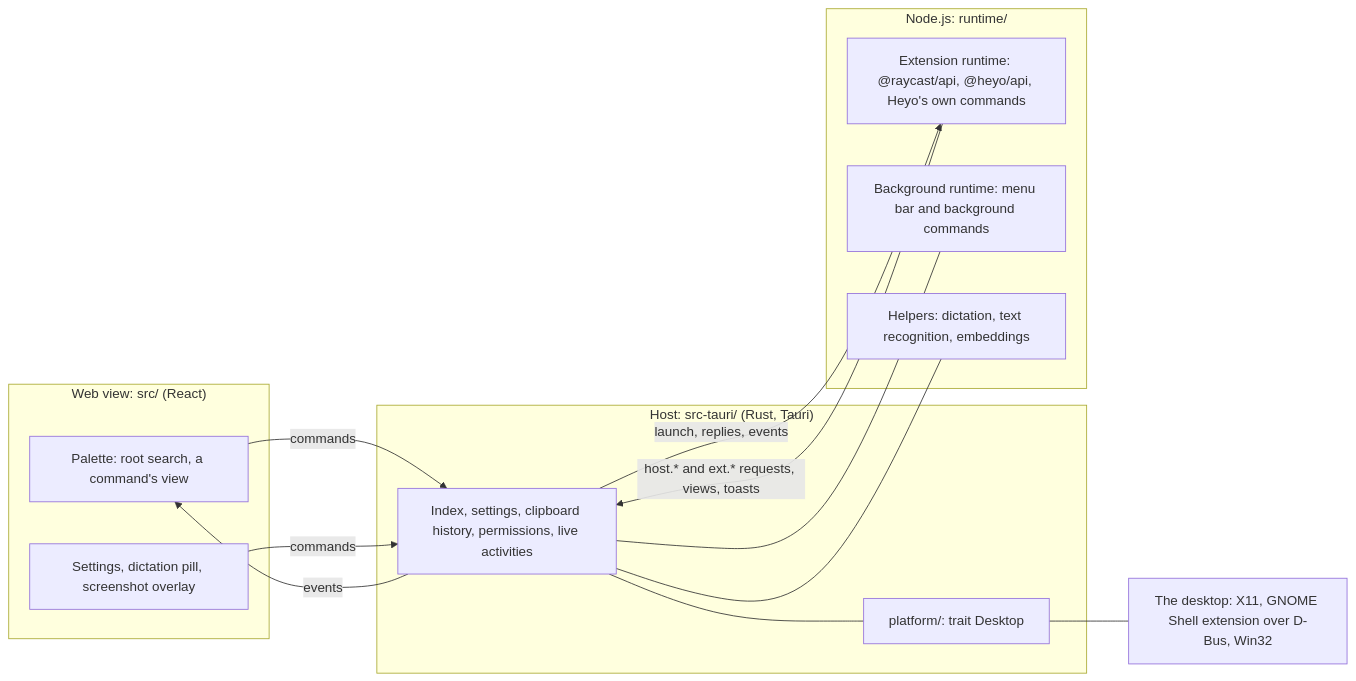
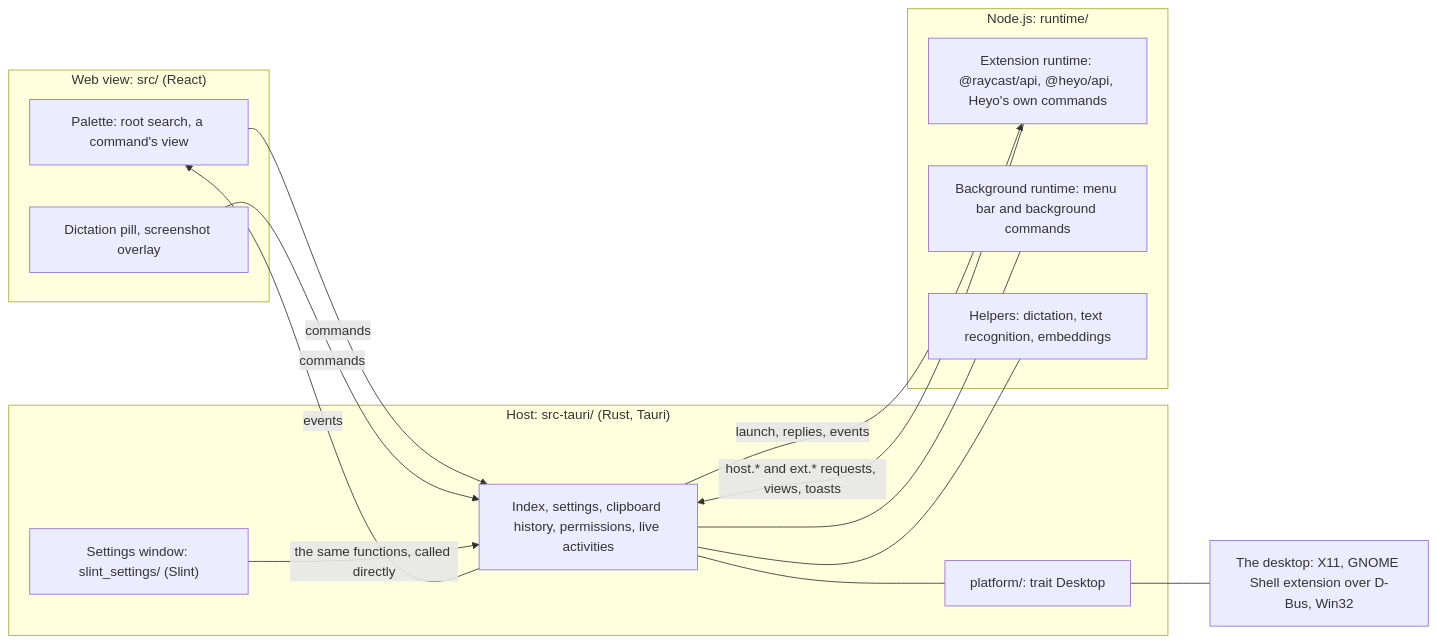
Before and after one commit to hdonix/heyo: the first of 2 diagrams in docs/architecture.md, drawn with Mermaid. The commit also changed other lines of this file and 2 other files, not shown here.

First line of the commit message:
docs: describe the settings window as Slint draws it

````diff
--- a/docs/architecture.md
+++ b/docs/architecture.md
@@ -12,27 +12,29 @@
 ```mermaid
 flowchart LR
   subgraph web["Web view: src/ (React)"]
     palette["Palette: root search, a command's view"]
-    windows["Settings, dictation pill, screenshot overlay"]
+    windows["Dictation pill, screenshot overlay"]
   end
   subgraph host["Host: src-tauri/ (Rust, Tauri)"]
     core["Index, settings, clipboard history, permissions, live activities"]
+    settings["Settings window: slint_settings/ (Slint)"]
     platform["platform/: trait Desktop"]
   end
   subgraph node["Node.js: runtime/"]
     runtime["Extension runtime: @raycast/api, @heyo/api, Heyo's own commands"]
     background["Background runtime: menu bar and background commands"]
     helpers["Helpers: dictation, text recognition, embeddings"]
   end
   desktop["The desktop: X11, GNOME Shell extension over D-Bus, Win32"]
 
   palette -- "commands" --> core
   core -- "events" --> palette
   windows -- "commands" --> core
+  settings -- "the same functions, called directly" --> core
   core -- "launch, replies, events" --> runtime
   runtime -- "host.* and ext.* requests, views, toasts" --> core
   core --- background
   core --- helpers
   core --- platform
   platform --- desktop
 ```
````
